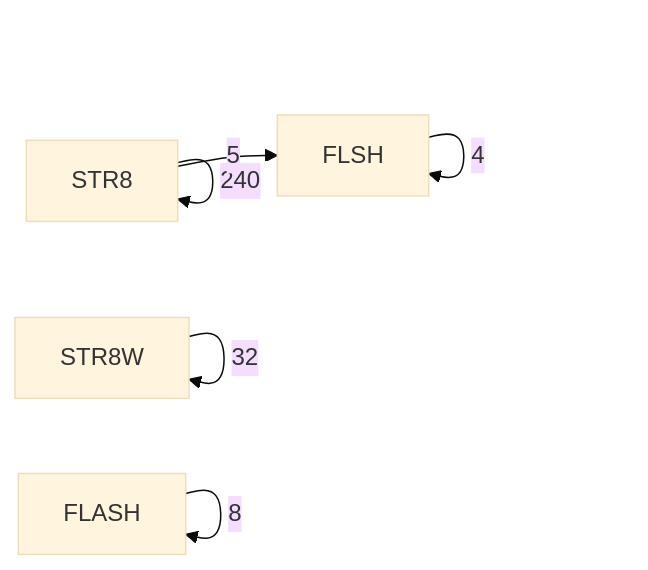
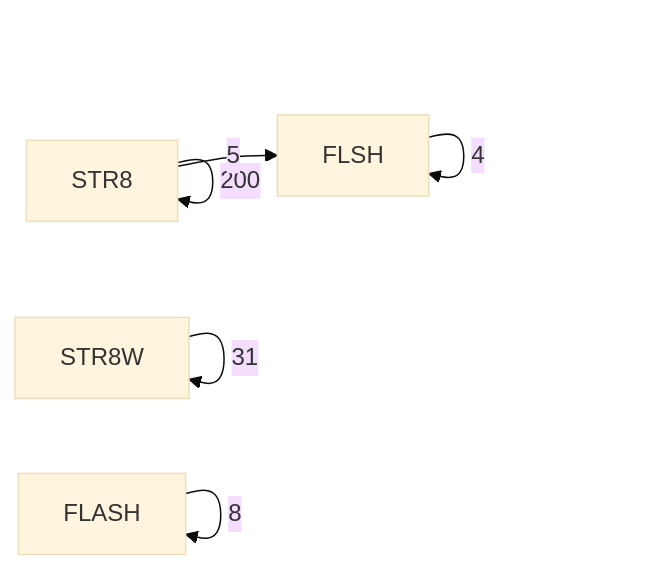
The fifth of 6 diagrams in DOC/GENERATED/ROUTINE_CLASS_DIAGRAM.md (95westus/R-YORS), drawn with Mermaid (base theme) before and after one commit. The commit also changed other lines of this file and 25 other files, not shown here.

````diff
--- a/DOC/GENERATED/ROUTINE_CLASS_DIAGRAM.md
+++ b/DOC/GENERATED/ROUTINE_CLASS_DIAGRAM.md
@@ -78,8 +78,8 @@
 ```mermaid
 flowchart LR
-    P_STR8[STR8] -->|240| P_STR8[STR8]
-    P_STR8W[STR8W] -->|32| P_STR8W[STR8W]
+    P_STR8[STR8] -->|200| P_STR8[STR8]
+    P_STR8W[STR8W] -->|31| P_STR8W[STR8W]
     P_FLASH[FLASH] -->|8| P_FLASH[FLASH]
     P_STR8[STR8] -->|5| P_FLSH[FLSH]
     P_FLSH[FLSH] -->|4| P_FLSH[FLSH]
 ```
````
